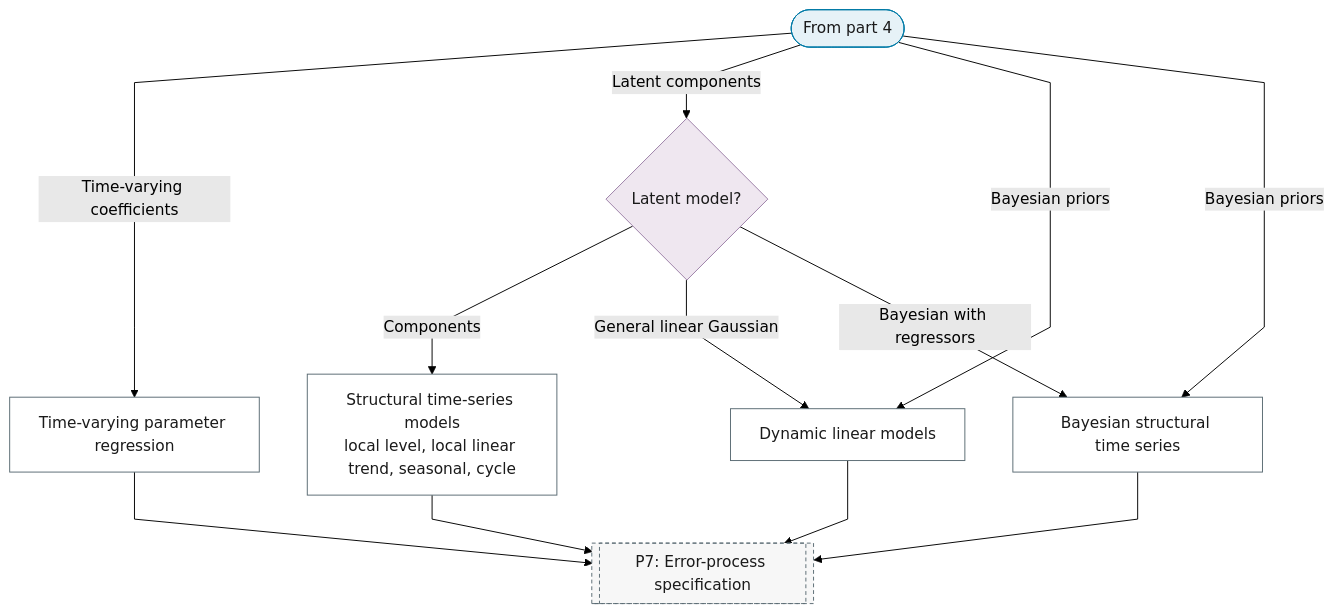
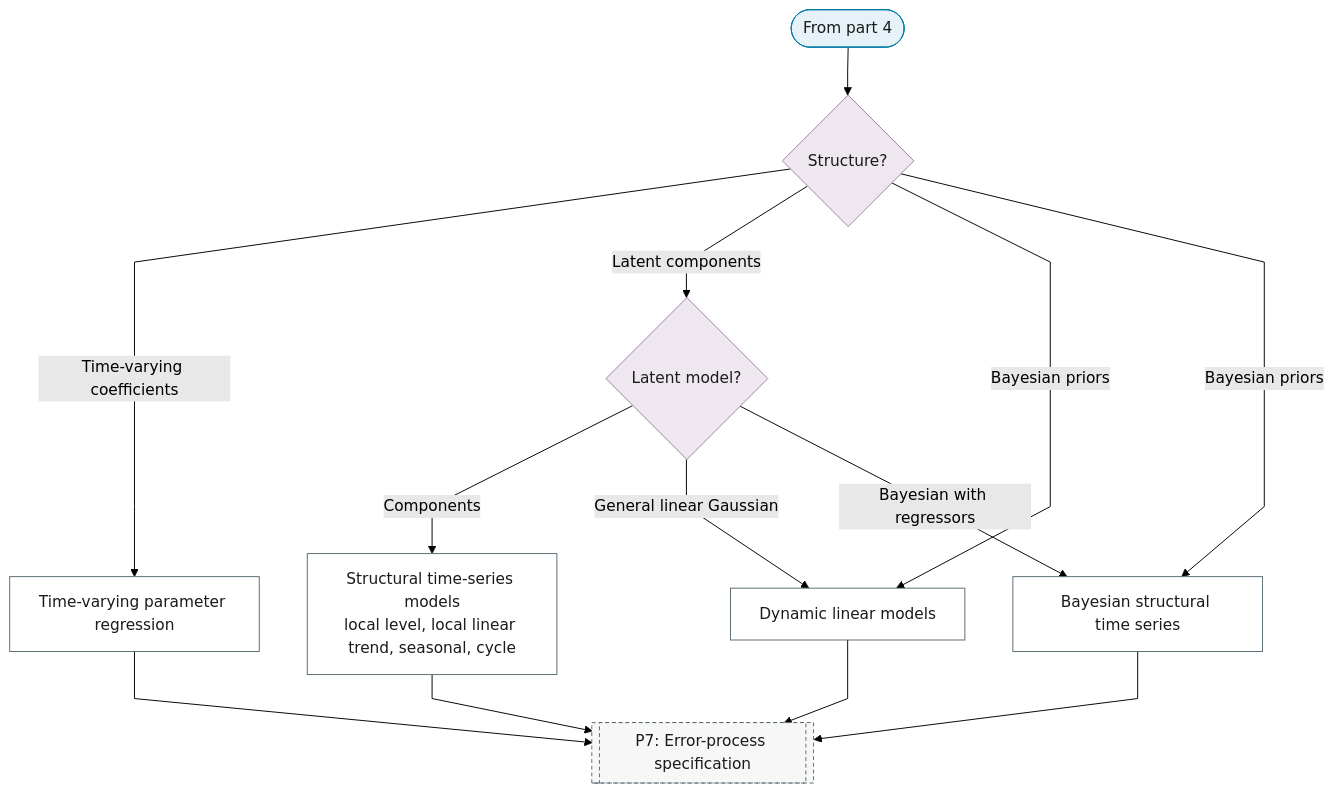
Before and after one commit to Shuxin-Y/time-series-analysis-manual: the seventh of 10 diagrams in docs/01-workflow/p06-mean-model-class.md, drawn with Mermaid (forest theme). The commit also changed 4 other files, not shown here.

First line of the commit message:
fix(flowchart): part entries repeat the question; representation charts keep the spine edge

````diff
--- a/docs/01-workflow/p06-mean-model-class.md
+++ b/docs/01-workflow/p06-mean-model-class.md
@@ -186,23 +186,24 @@
 ```mermaid
 %%{init: {"flowchart": {"curve": "linear"}}}%%
 graph TD
-    P6_PART_7_IN(["From part 4"]) -->|"Time-varying coefficients"| P6_TVP_REGRESSION["Time-varying parameter regression"]
-    P6_PART_7_IN -->|"Latent components"| P6_LATENT_MODEL{"Latent model?"}
-    P6_PART_7_IN -->|"Bayesian priors"| P6_DLM & P6_BSTS
+    P6_PART_7_IN(["From part 4"]) --> P6_STRUCTURED{"Structure?"}
+    P6_STRUCTURED -->|"Time-varying coefficients"| P6_TVP_REGRESSION["Time-varying parameter regression"]
+    P6_STRUCTURED -->|"Latent components"| P6_LATENT_MODEL{"Latent model?"}
+    P6_STRUCTURED -->|"Bayesian priors"| P6_DLM & P6_BSTS
     P6_LATENT_MODEL -->|"Components"| P6_STRUCTURAL_TS["Structural time-series models<br/>local level, local linear trend, seasonal, cycle"]
     P6_LATENT_MODEL -->|"General linear Gaussian"| P6_DLM["Dynamic linear models"]
     P6_LATENT_MODEL -->|"Bayesian with regressors"| P6_BSTS["Bayesian structural time series"]
     P6_TVP_REGRESSION & P6_STRUCTURAL_TS & P6_DLM & P6_BSTS --> P7[["P7: Error-process specification"]]
     class P6_PART_7_IN terminator
-    class P6_LATENT_MODEL decision
+    class P6_STRUCTURED,P6_LATENT_MODEL decision
     class P6_TVP_REGRESSION,P6_STRUCTURAL_TS,P6_DLM,P6_BSTS process
     class P7 ref
     classDef terminator fill:#E6F2F7,stroke:#007BA7,color:#1A1A1A;
     classDef process fill:#FFFFFF,stroke:#5A6B73,color:#1A1A1A;
     classDef decision fill:#EFE7F0,stroke:#9B7FA7,color:#1A1A1A;
     classDef data fill:#FFF4E0,stroke:#C9A55E,color:#1A1A1A;
     classDef good fill:#DCEFD8,stroke:#4A7A3F,color:#1A1A1A;
     classDef escalate fill:#FFE9C2,stroke:#C9A55E,color:#1A1A1A;
     classDef problem fill:#F2D9DE,stroke:#800020,color:#1A1A1A;
     classDef ref fill:#F7F7F7,stroke:#5A6B73,color:#1A1A1A,stroke-dasharray:4 3;
 ```
````
